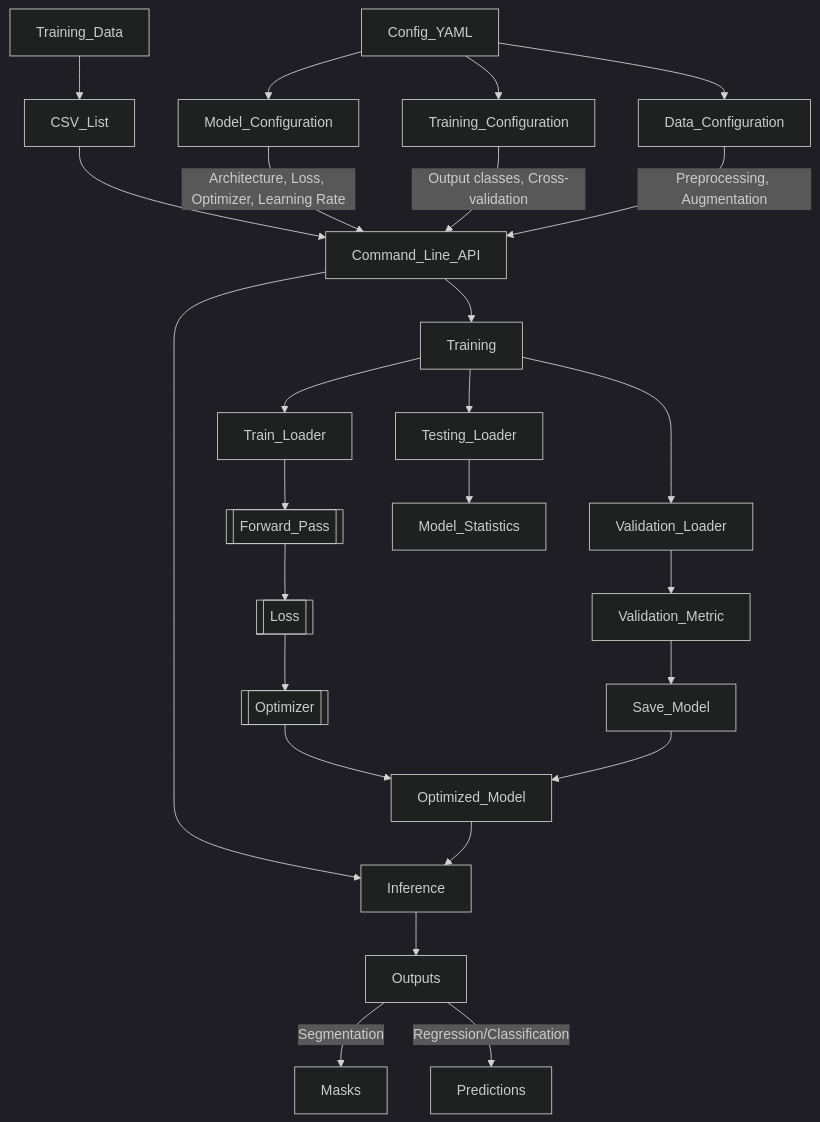
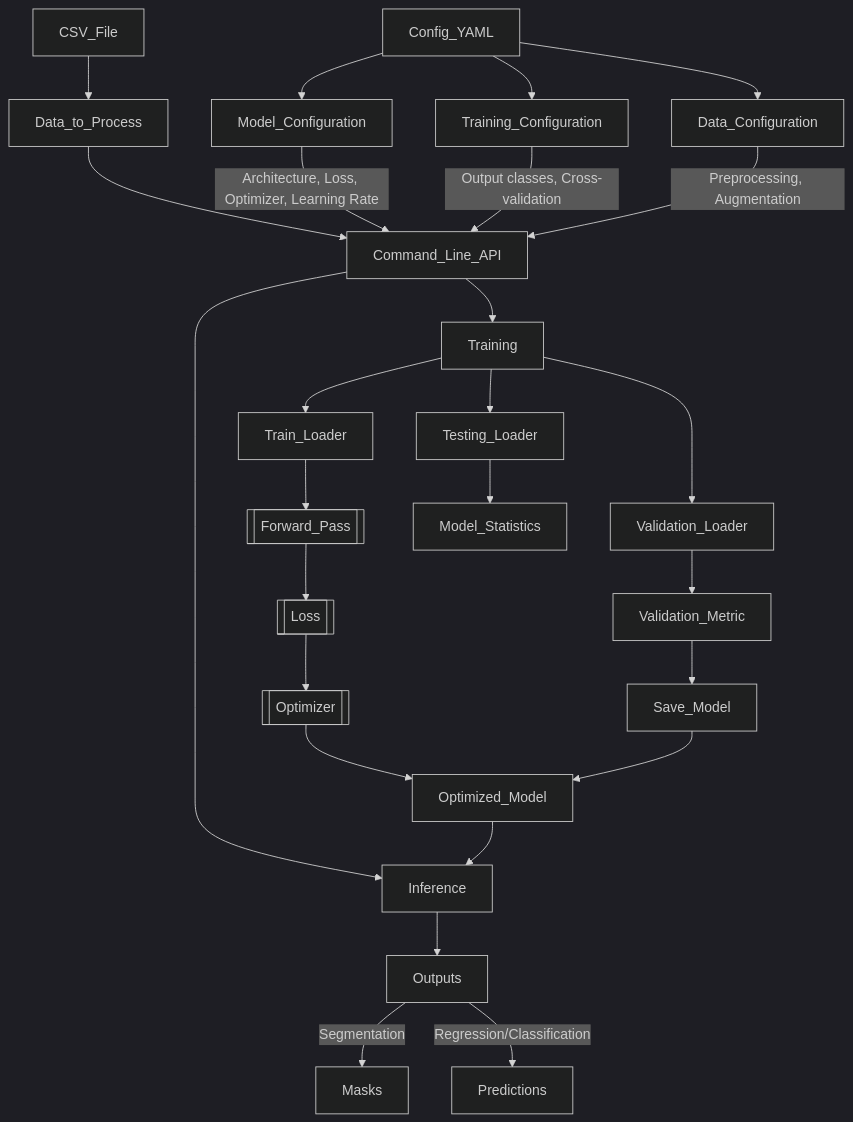
One commit to szmazurek/GaNDLF changed the diagram in docs/README.md. Above: the diagram before and after it, drawn with Mermaid (dark theme).

Commit message:
making the flowchart a bit more generic for inference

````diff
--- a/docs/README.md
+++ b/docs/README.md
@@ -9,28 +9,28 @@
 ```mermaid
 graph TD;
-    Training_Data-->CSV_List;
-    CSV_List-->Command_Line_API;
+    CSV_File-->Data_to_Process;
+    Data_to_Process-->Command_Line_API;
     Config_YAML-->Model_Configuration
     Config_YAML-->Training_Configuration
     Config_YAML-->Data_Configuration
     Model_Configuration-- Architecture, Loss, Optimizer, Learning Rate -->Command_Line_API;
     Training_Configuration-- Output classes, Cross-validation -->Command_Line_API;
     Data_Configuration-- Preprocessing, Augmentation -->Command_Line_API;
     Command_Line_API-->Inference;
     Command_Line_API-->Training;
     Inference-->Outputs;
     Outputs--Segmentation-->Masks;
     Outputs--Regression/Classification-->Predictions;
     Training-->Train_Loader;
     Training-->Validation_Loader;
     Training-->Testing_Loader;
     Train_Loader-->FWD[[Forward_Pass]];
     FWD[[Forward_Pass]]-->Loss[[Loss]];
     Loss[[Loss]]-->Optimizer[[Optimizer]];
     Validation_Loader-->Validation_Metric;
     Validation_Metric-->Save_Model;
     Testing_Loader-->Model_Statistics;
     Optimizer[[Optimizer]]-->Optimized_Model;
     Save_Model-->Optimized_Model;
     Optimized_Model-->Inference;
 ```
````
